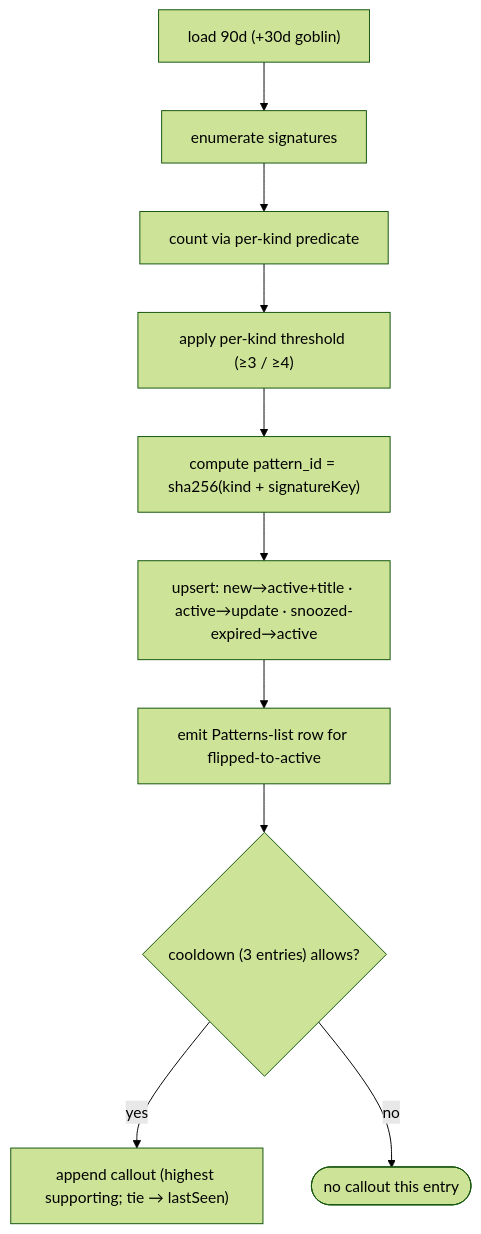
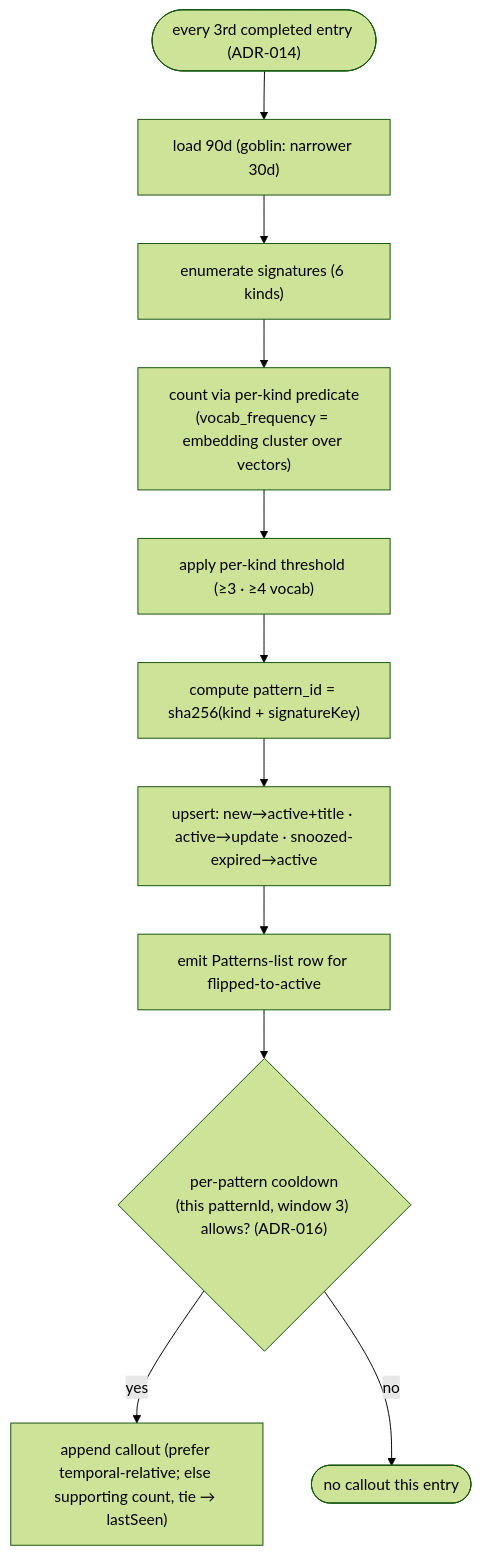
One commit to anchildress1/vestige changed the third of 10 diagrams in docs/diagrams/adr-decisions.md. Above: the diagram before and after it, drawn with Mermaid (forest theme). The commit also changed other lines of this file and 19 other files, not shown here.

First line of the commit message:
docs: align diagram atlas, stories, README & spec docs to implementation (#62)

````diff
--- a/docs/diagrams/adr-decisions.md
+++ b/docs/diagrams/adr-decisions.md
@@ -101,15 +127,16 @@
 ```mermaid
 flowchart TD
-    accTitle: ADR-003 eight-step detection algorithm
-    accDescr: Load the 90-day window plus 30 extra days for goblin, enumerate signatures, count via each predicate, apply the per-kind threshold, compute the content-addressable id, upsert into ObjectBox, emit a Patterns-list row for any pattern flipped to active, then append a callout if the 3-entry cooldown allows.
+    accTitle: ADR-003 detection algorithm (current — periodic trigger, per-pattern cooldown)
+    accDescr: Every third completed entry, load the 90-day window (the goblin-hours bucket uses a narrower 30-day window), enumerate signatures across the six kinds, count via each per-kind predicate (vocab_frequency uses embedding clusters over entry vectors), apply the per-kind threshold, compute the content-addressable id, upsert into ObjectBox, emit a Patterns-list row for any pattern flipped to active, then append a callout if that pattern's own per-pattern cooldown allows.
 
-    L["load 90d (+30d goblin)"] --> E["enumerate signatures"]
-    E --> C["count via per-kind predicate"]
-    C --> TH["apply per-kind threshold (≥3 / ≥4)"]
+    T(["every 3rd completed entry (ADR-014)"]) --> L["load 90d (goblin: narrower 30d)"]
+    L --> E["enumerate signatures (6 kinds)"]
+    E --> C["count via per-kind predicate<br/>(vocab_frequency = embedding cluster over vectors)"]
+    C --> TH["apply per-kind threshold (≥3 · ≥4 vocab)"]
     TH --> ID["compute pattern_id = sha256(kind + signatureKey)"]
     ID --> UP["upsert: new→active+title · active→update · snoozed-expired→active"]
     UP --> ROW["emit Patterns-list row for flipped-to-active"]
-    ROW --> CO{"cooldown (3 entries) allows?"}
-    CO -- yes --> CALL["append callout (highest supporting; tie → lastSeen)"]
+    ROW --> CO{"per-pattern cooldown<br/>(this patternId, window 3) allows? (ADR-016)"}
+    CO -- yes --> CALL["append callout (prefer temporal-relative; else supporting count, tie → lastSeen)"]
     CO -- no --> Skip(["no callout this entry"])
 ```
````
